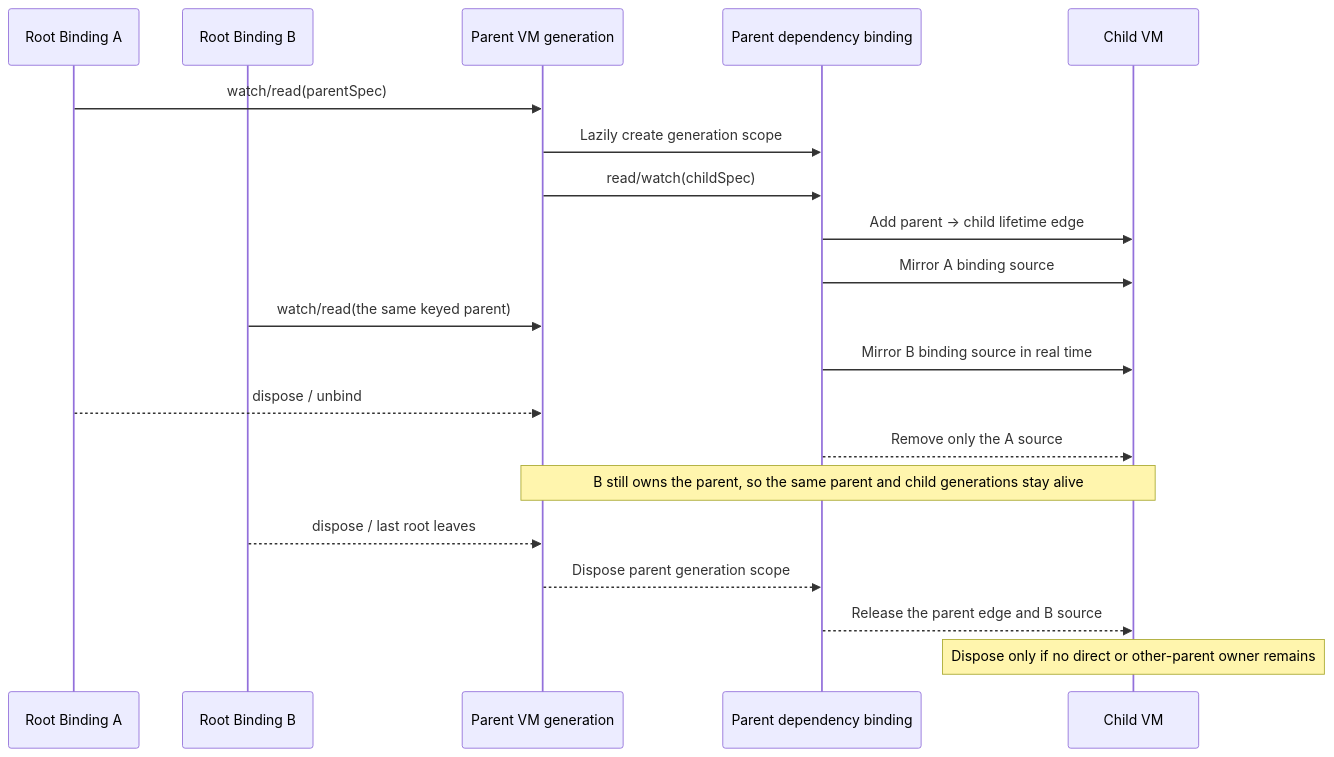
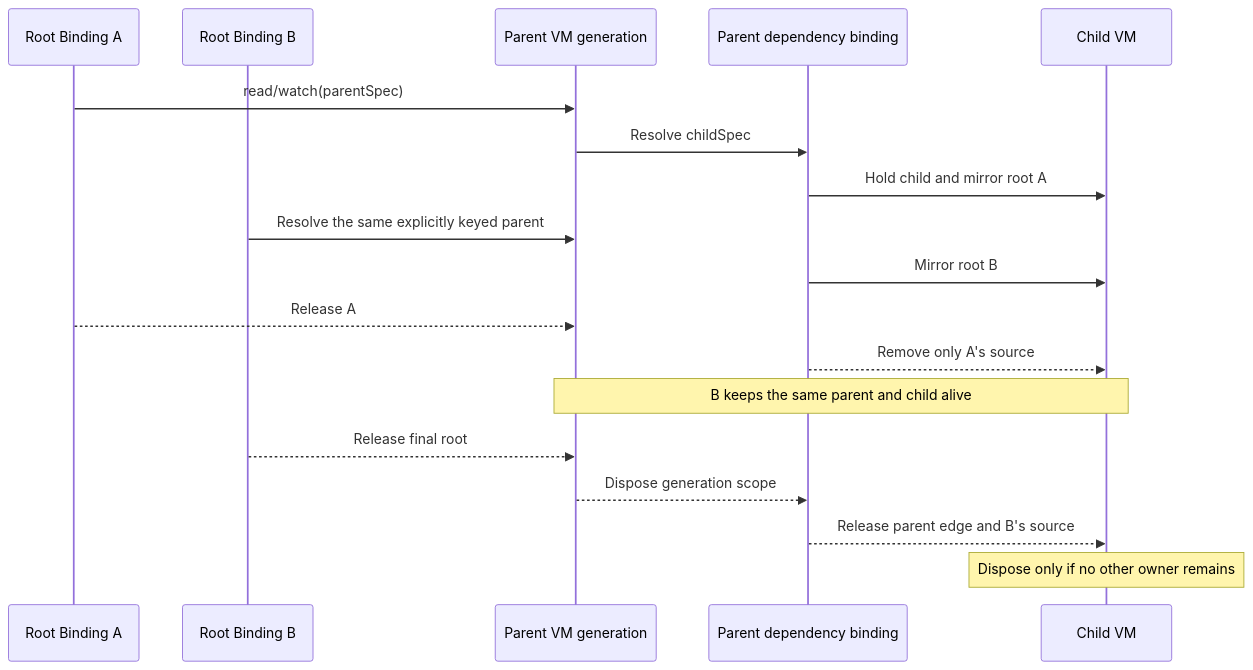
The diagram in .agents/skills/view_model/references/README_FULL_EN.md (lwj1994/flutter_view_model), drawn with Mermaid before and after one commit. The commit also changed other lines of this file and 12 other files, not shown here.

````diff
--- a/.agents/skills/view_model/references/README_FULL_EN.md
+++ b/.agents/skills/view_model/references/README_FULL_EN.md
@@ -747,26 +158,21 @@
 ```mermaid
 sequenceDiagram
     participant A as Root Binding A
     participant B as Root Binding B
     participant P as Parent VM generation
     participant D as Parent dependency binding
     participant C as Child VM
 
-    A->>P: watch/read(parentSpec)
-    P->>D: Lazily create generation scope
-    P->>D: read/watch(childSpec)
-    D->>C: Add parent → child lifetime edge
-    D->>C: Mirror A binding source
-
-    B->>P: watch/read(the same keyed parent)
-    D->>C: Mirror B binding source in real time
-
-    A-->>P: dispose / unbind
-    D-->>C: Remove only the A source
-    Note over P,C: B still owns the parent, so the same parent and child generations stay alive
-
-    B-->>P: dispose / last root leaves
-    P-->>D: Dispose parent generation scope
-    D-->>C: Release the parent edge and B source
-    Note over C: Dispose only if no direct or other-parent owner remains
+    A->>P: read/watch(parentSpec)
+    P->>D: Resolve childSpec
+    D->>C: Hold child and mirror root A
+    B->>P: Resolve the same explicitly keyed parent
+    D->>C: Mirror root B
+    A-->>P: Release A
+    D-->>C: Remove only A's source
+    Note over P,C: B keeps the same parent and child alive
+    B-->>P: Release final root
+    P-->>D: Dispose generation scope
+    D-->>C: Release parent edge and B's source
+    Note over C: Dispose only if no other owner remains
 ```
````
